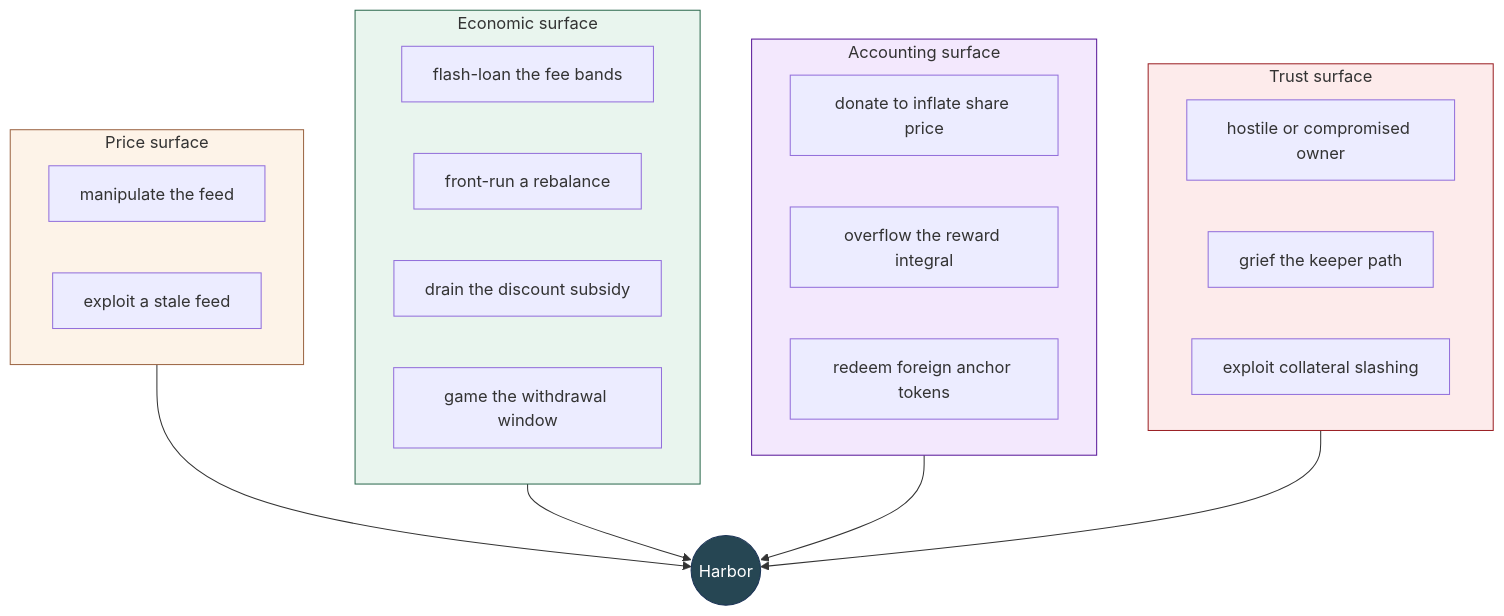
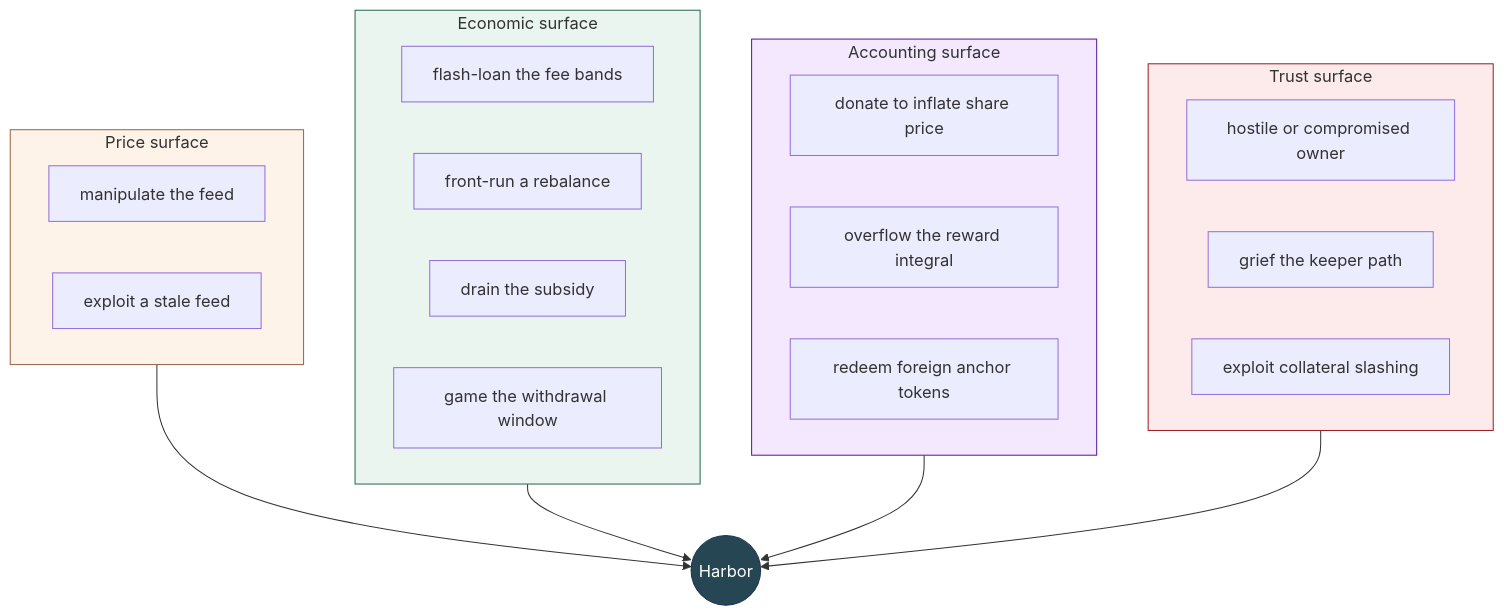
One commit to baofinance/harbor changed diagram 15 of 16 in doc/functional-spec.md. Above: the diagram before and after it, drawn with Mermaid. The commit also changed other lines of this file and 23 other files, not shown here.

Commit message:
"discount" renamed "subsidy" for the reserve

````diff
--- a/doc/functional-spec.md
+++ b/doc/functional-spec.md
@@ -2136,34 +2136,34 @@
 ```mermaid
 flowchart TB
     subgraph price["Price surface"]
         V1["manipulate the feed"]
         V2["exploit a stale feed"]
     end
     subgraph econ["Economic surface"]
         V3["flash-loan the fee bands"]
         V4["front-run a rebalance"]
-        V5["drain the discount subsidy"]
+        V5["drain the subsidy"]
         V6["game the withdrawal window"]
     end
     subgraph acct["Accounting surface"]
         V7["donate to inflate share price"]
         V8["overflow the reward integral"]
         V9["redeem foreign anchor tokens"]
     end
     subgraph trust["Trust surface"]
         V10["hostile or compromised owner"]
         V11["grief the keeper path"]
         V12["exploit collateral slashing"]
     end
 
     price --> H(("Harbor"))
     econ --> H
     acct --> H
     trust --> H
 
     style H fill:#264653,stroke:#1d3557,color:#fff
     style price fill:#fdf3e8,stroke:#9c6644
     style econ fill:#e9f5ee,stroke:#2d6a4f
     style acct fill:#f3e8fd,stroke:#5a189a
     style trust fill:#fdebeb,stroke:#9b2226
 ```
````
